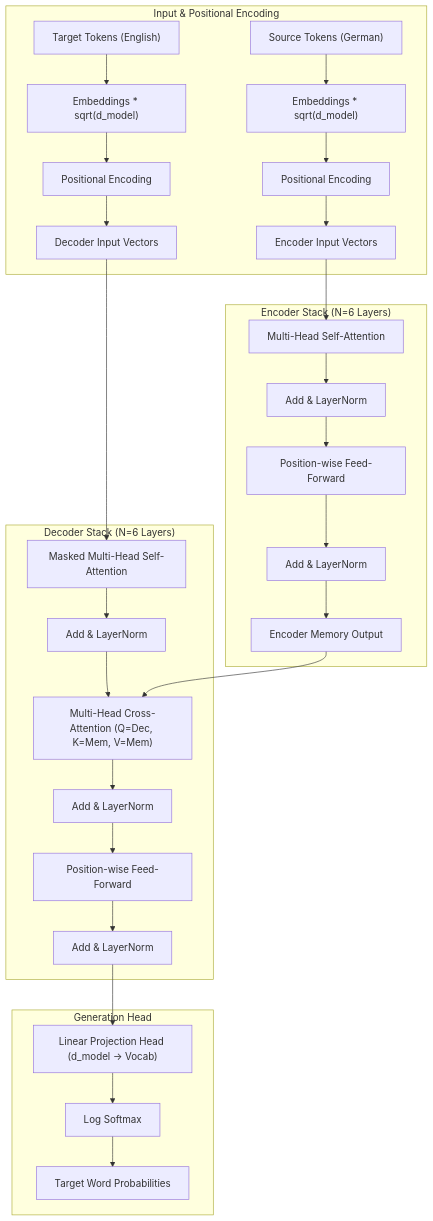
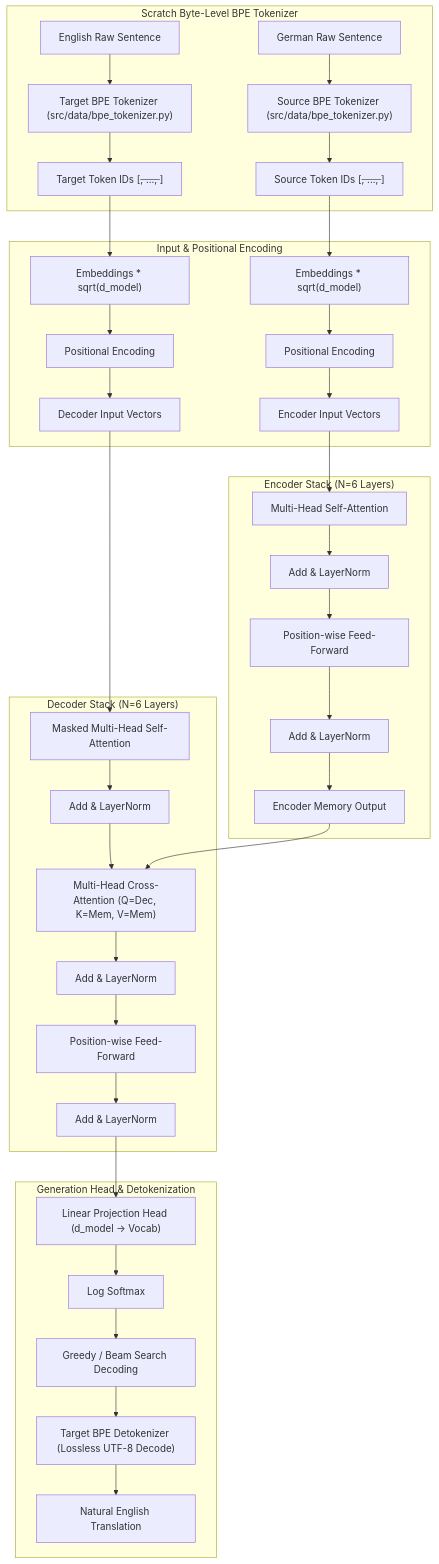
One commit to Sumit-Prasad01/Annotated-Transformer changed the diagram in README.md. Above: the diagram before and after it, drawn with Mermaid. The commit also changed other lines of this file and 15 other files, not shown here.

Commit message:
feat(tokenizer): implement scratch Byte-Level BPE tokenizer replacing SpaCy

````diff
--- a/README.md
+++ b/README.md
@@ -9,36 +9,45 @@
 ```mermaid
 graph TD
+    subgraph Tokenization["Scratch Byte-Level BPE Tokenizer"]
+        RawSrc["German Raw Sentence"] --> BPESrc["Source BPE Tokenizer (src/data/bpe_tokenizer.py)"]
+        BPESrc --> Src["Source Token IDs [<s>, ..., </s>]"]
+        RawTgt["English Raw Sentence"] --> BPETgt["Target BPE Tokenizer (src/data/bpe_tokenizer.py)"]
+        BPETgt --> Tgt["Target Token IDs [<s>, ..., </s>]"]
+    end
+
     subgraph Input_Processing["Input & Positional Encoding"]
-        Src["Source Tokens (German)"] --> SrcEmb["Embeddings * sqrt(d_model)"]
+        Src --> SrcEmb["Embeddings * sqrt(d_model)"]
         SrcEmb --> PosEnc1["Positional Encoding"]
         PosEnc1 --> EncInput["Encoder Input Vectors"]
 
-        Tgt["Target Tokens (English)"] --> TgtEmb["Embeddings * sqrt(d_model)"]
+        Tgt --> TgtEmb["Embeddings * sqrt(d_model)"]
         TgtEmb --> PosEnc2["Positional Encoding"]
         PosEnc2 --> DecInput["Decoder Input Vectors"]
     end
 
     subgraph Encoder_Stack["Encoder Stack (N=6 Layers)"]
         EncInput --> EncSelfAttn["Multi-Head Self-Attention"]
         EncSelfAttn --> EncAddNorm1["Add & LayerNorm"]
         EncAddNorm1 --> EncFFN["Position-wise Feed-Forward"]
         EncFFN --> EncAddNorm2["Add & LayerNorm"]
         EncAddNorm2 --> Memory["Encoder Memory Output"]
     end
 
     subgraph Decoder_Stack["Decoder Stack (N=6 Layers)"]
         DecInput --> DecSelfAttn["Masked Multi-Head Self-Attention"]
         DecSelfAttn --> DecAddNorm1["Add & LayerNorm"]
         DecAddNorm1 --> DecCrossAttn["Multi-Head Cross-Attention (Q=Dec, K=Mem, V=Mem)"]
         Memory --> DecCrossAttn
         DecCrossAttn --> DecAddNorm2["Add & LayerNorm"]
         DecAddNorm2 --> DecFFN["Position-wise Feed-Forward"]
         DecFFN --> DecAddNorm3["Add & LayerNorm"]
     end
 
-    subgraph Output_Head["Generation Head"]
+    subgraph Output_Head["Generation Head & Detokenization"]
         DecAddNorm3 --> GenLinear["Linear Projection Head (d_model -> Vocab)"]
         GenLinear --> LogSoftmax["Log Softmax"]
-        LogSoftmax --> TargetDist["Target Word Probabilities"]
+        LogSoftmax --> TargetDist["Greedy / Beam Search Decoding"]
+        TargetDist --> Detok["Target BPE Detokenizer (Lossless UTF-8 Decode)"]
+        Detok --> FinalEnglish["Natural English Translation"]
     end
 ```
````
